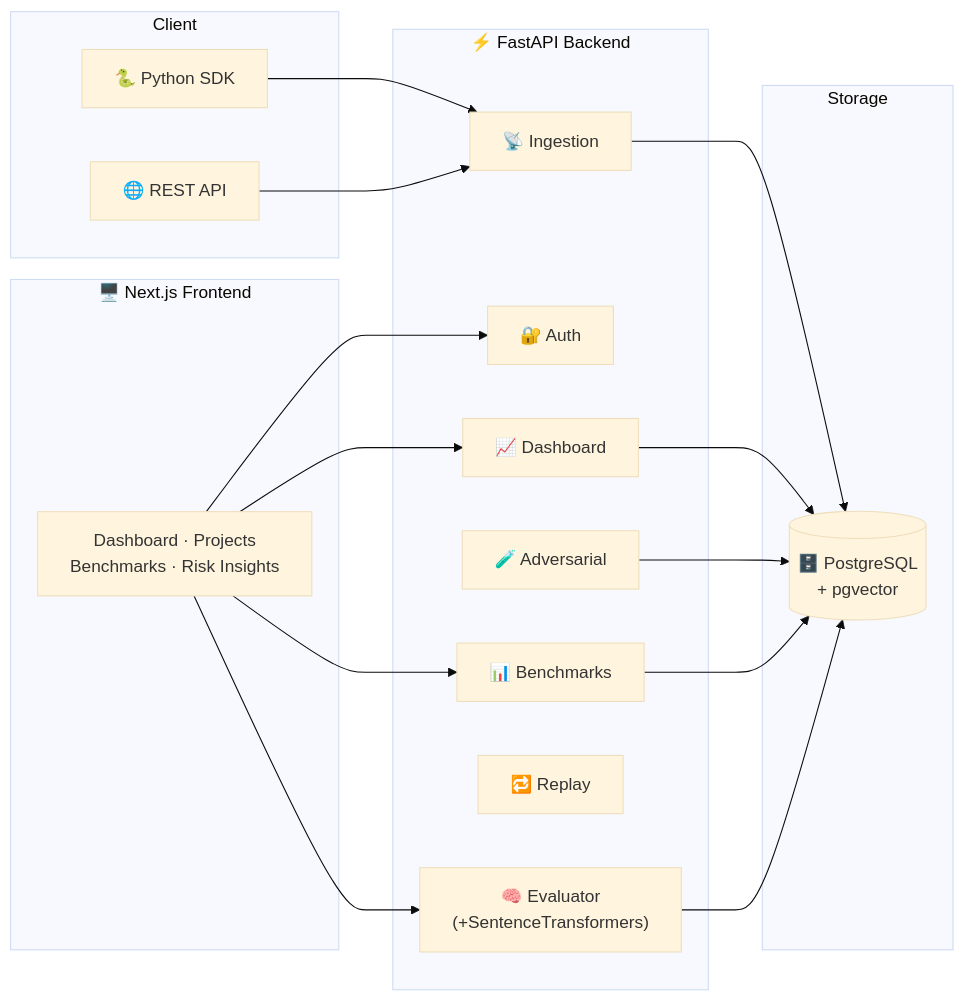
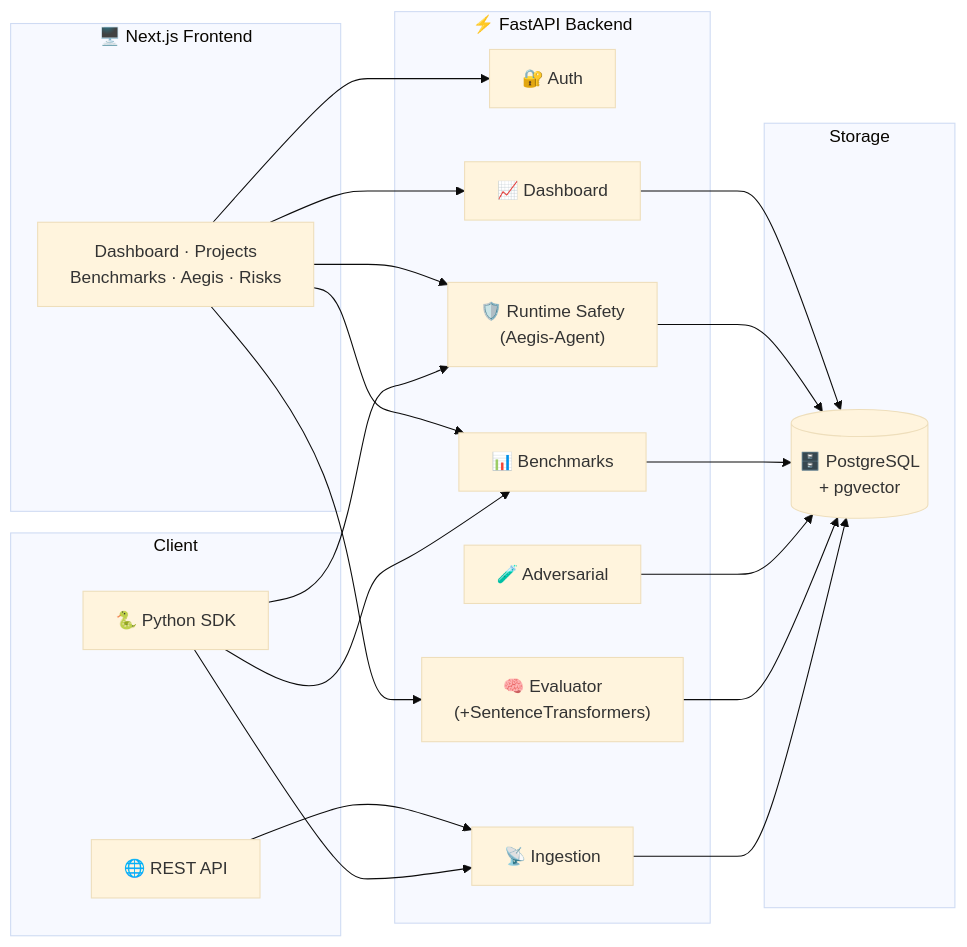
One commit to TechNxt05/AuditAI changed the first of 2 diagrams in README.md. Above: the diagram before and after it, drawn with Mermaid (base theme). The commit also changed other lines of this file and 24 other files, not shown here.

````diff
--- a/README.md
+++ b/README.md
@@ -120,37 +116,41 @@
 ```mermaid
 graph LR
     subgraph Client
         SDK["🐍 Python SDK"]
         API["🌐 REST API"]
     end
 
     subgraph Backend ["⚡ FastAPI Backend"]
         AUTH["🔐 Auth"]
         INGEST["📡 Ingestion"]
         EVAL["🧠 Evaluator\n(+SentenceTransformers)"]
         ADV["🧪 Adversarial"]
         BENCH["📊 Benchmarks"]
-        REPLAY["🔁 Replay"]
+        AEGIS["🛡️ Runtime Safety\n(Aegis-Agent)"]
         DASH["📈 Dashboard"]
     end
 
     subgraph Storage
         DB[("🗄️ PostgreSQL\n+ pgvector")]
     end
 
     subgraph Frontend ["🖥️ Next.js Frontend"]
-        UI["Dashboard · Projects\nBenchmarks · Risk Insights"]
+        UI["Dashboard · Projects\nBenchmarks · Aegis · Risks"]
     end
 
     SDK --> INGEST
+    SDK --> AEGIS
+    SDK --> BENCH
     API --> INGEST
     INGEST --> DB
     EVAL --> DB
     ADV --> DB
     BENCH --> DB
+    AEGIS --> DB
     DASH --> DB
     UI --> AUTH
     UI --> DASH
     UI --> BENCH
+    UI --> AEGIS
     UI --> EVAL
 ```
````
